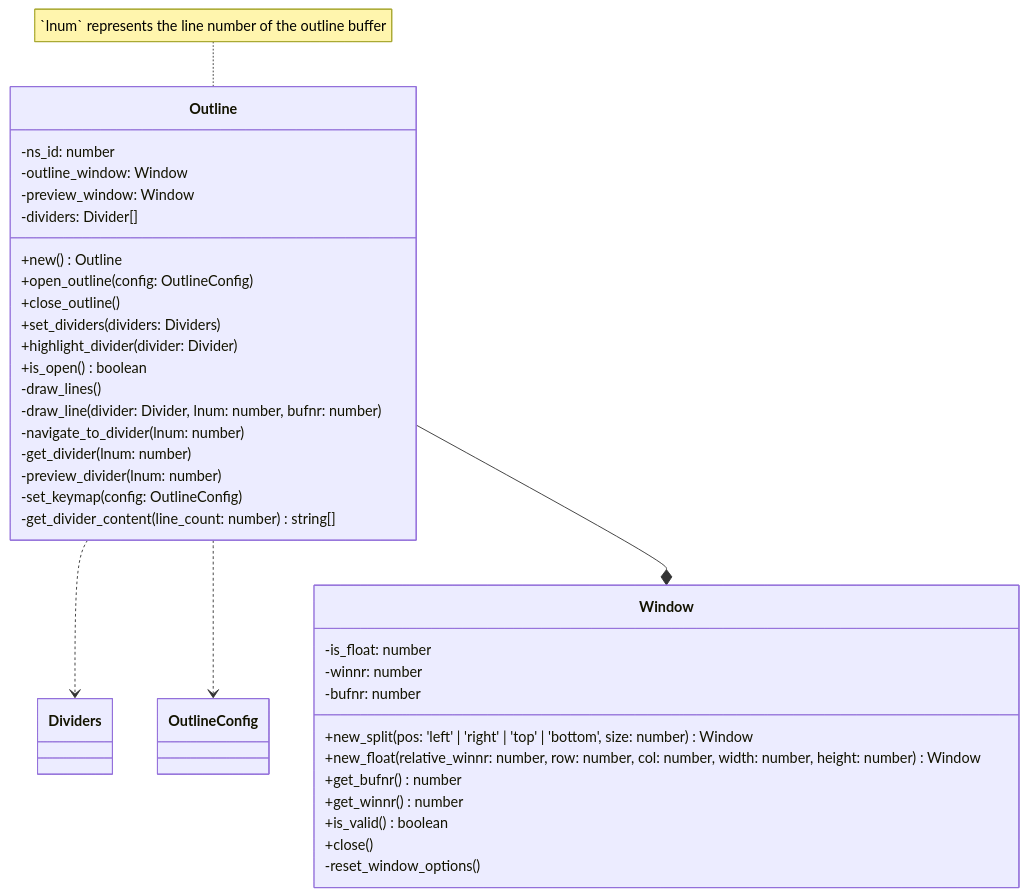
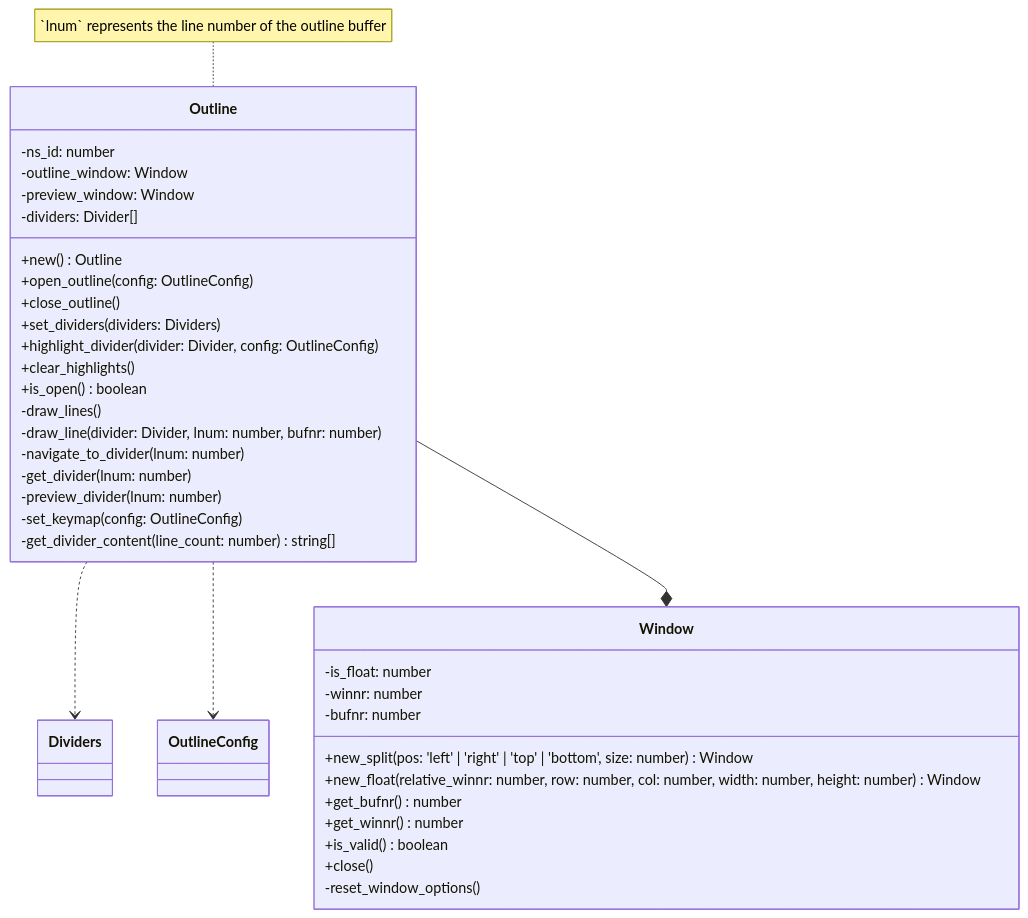
Before and after one commit to niuiic/divider.nvim: the fourth of 8 diagrams in DESIGN.md, drawn with Mermaid. The commit also changed other lines of this file and 6 other files, not shown here.

Commit message:
feat(outline): highlight current divider

````diff
--- a/DESIGN.md
+++ b/DESIGN.md
@@ -125,41 +126,42 @@
 ```mermaid
 classDiagram
     note for Outline "`lnum` represents the line number of the outline buffer"
     Outline ..> Dividers
     Outline ..> OutlineConfig
     Outline --* Window
     class Outline {
         -ns_id: number
         -outline_window: Window
         -preview_window: Window
         -dividers: Divider[]
 
         +new() Outline
         +open_outline(config: OutlineConfig)
         +close_outline()
         +set_dividers(dividers: Dividers)
-        +highlight_divider(divider: Divider)
+        +highlight_divider(divider: Divider, config: OutlineConfig)
+        +clear_highlights()
         +is_open() boolean
         -draw_lines()
         -draw_line(divider: Divider, lnum: number, bufnr: number)
         -navigate_to_divider(lnum: number)
         -get_divider(lnum: number)
         -preview_divider(lnum: number)
         -set_keymap(config: OutlineConfig)
         -get_divider_content(line_count: number) string[]
     }
 
     class Window {
         -is_float: number
         -winnr: number
         -bufnr: number
 
         +new_split(pos: 'left' | 'right' | 'top' | 'bottom', size: number) Window
         +new_float(relative_winnr: number, row: number, col: number, width: number, height: number) Window
         +get_bufnr() number
         +get_winnr() number
         +is_valid() boolean
         +close()
         -reset_window_options()
     }
 ```
````
